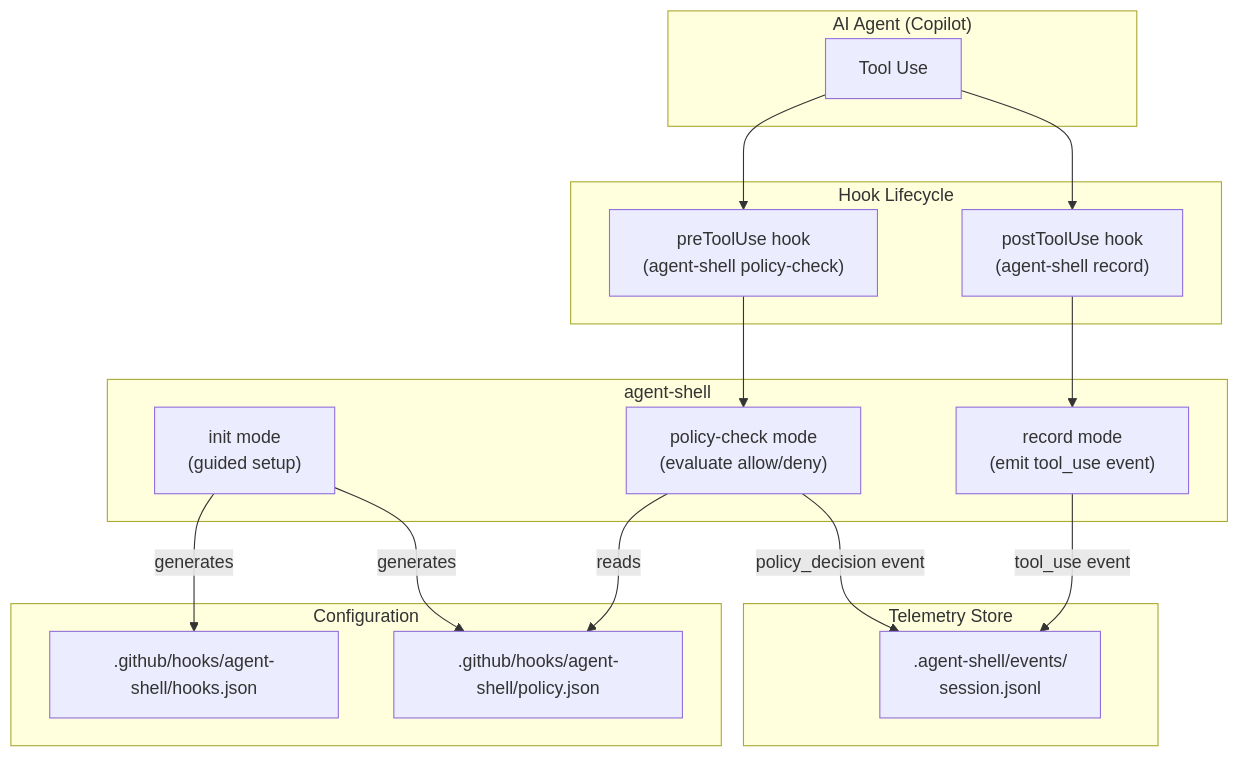
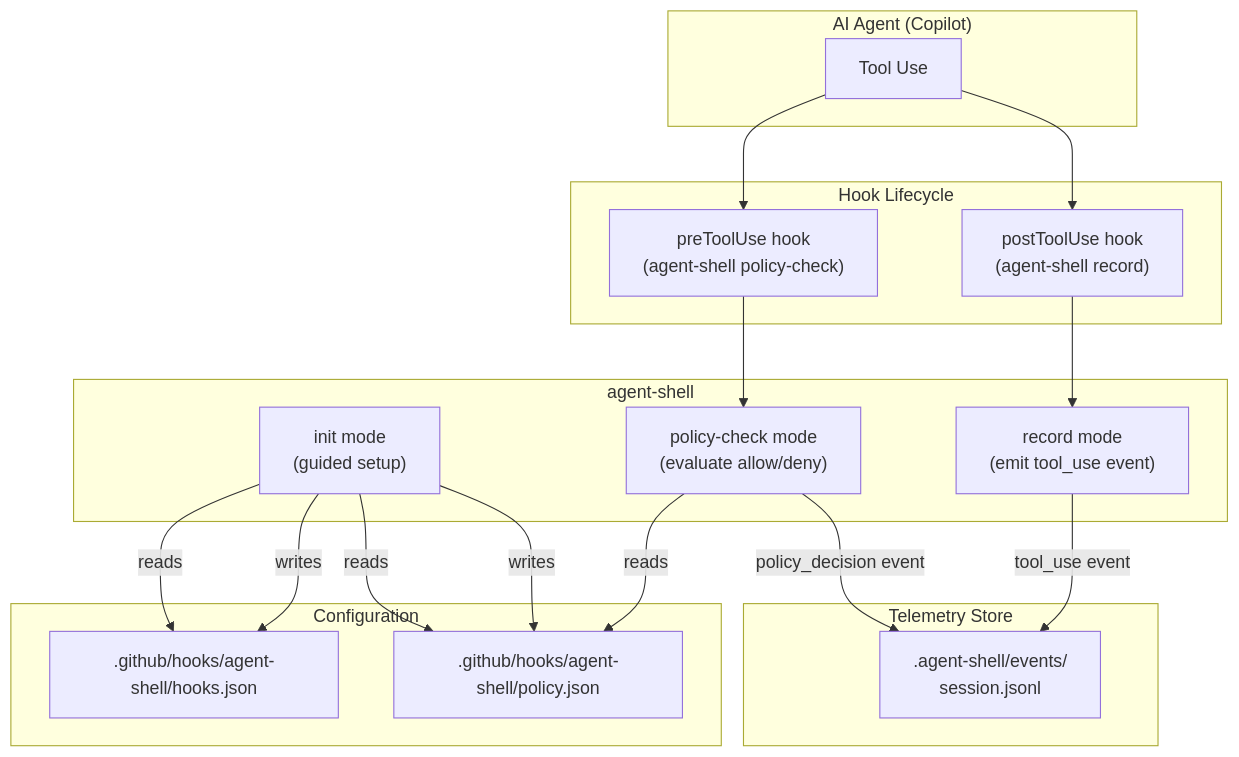
One commit to zpratt/lousy-agents changed the first of 3 diagrams in .github/specs/agent-shell-flight-recorder-hooks.spec.md. Above: the diagram before and after it, drawn with Mermaid. The commit also changed other lines of this file, not shown here.

````diff
--- a/.github/specs/agent-shell-flight-recorder-hooks.spec.md
+++ b/.github/specs/agent-shell-flight-recorder-hooks.spec.md
@@ -181,37 +189,39 @@
 ```mermaid
 flowchart TB
     subgraph Agent["AI Agent (Copilot)"]
         TU["Tool Use"]
     end
 
     subgraph Hooks["Hook Lifecycle"]
         PRE["preToolUse hook\n(agent-shell policy-check)"]
         POST["postToolUse hook\n(agent-shell record)"]
     end
 
     subgraph AgentShell["agent-shell"]
         PC["policy-check mode\n(evaluate allow/deny)"]
         REC["record mode\n(emit tool_use event)"]
         INIT["init mode\n(guided setup)"]
     end
 
     subgraph Telemetry["Telemetry Store"]
         EVENTS[".agent-shell/events/\nsession.jsonl"]
     end
 
     subgraph Config["Configuration"]
         HOOKSJSON[".github/hooks/agent-shell/hooks.json"]
         POLICY[".github/hooks/agent-shell/policy.json"]
     end
 
     TU --> PRE
     PRE --> PC
     PC -->|"policy_decision event"| EVENTS
     TU --> POST
     POST --> REC
     REC -->|"tool_use event"| EVENTS
 
-    INIT -->|"generates"| HOOKSJSON
-    INIT -->|"generates"| POLICY
+    INIT -->|"reads"| HOOKSJSON
+    INIT -->|"reads"| POLICY
+    INIT -->|"writes"| HOOKSJSON
+    INIT -->|"writes"| POLICY
     PC -->|"reads"| POLICY
 ```
````
